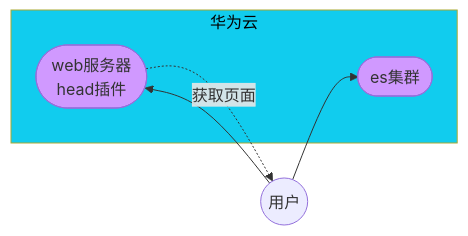
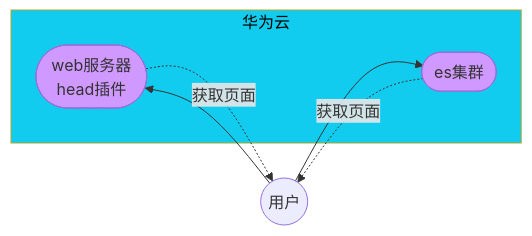
Before and after one commit to byy1679/cloud: the second of 2 diagrams in ARCHITECTURE/01/elk-01.md, drawn with Mermaid. The commit also changed other lines of this file and 4 other files, not shown here.

````diff
--- a/ARCHITECTURE/01/elk-01.md
+++ b/ARCHITECTURE/01/elk-01.md
@@ -127,13 +113,11 @@
 ```mermaid
 graph LR
 subgraph 华为云
   W([web服务器<br>head插件])
   ES([es集群])
   style W fill:#d099ff
   style ES fill:#d099ff
 end
 style 华为云 color:#000000,fill:#11ccee
-U((用户)) --> W
-W -.获取页面.-> U
-U -->ES
+U((用户)) --> W & ES -.获取页面.-> U
 ```
````
